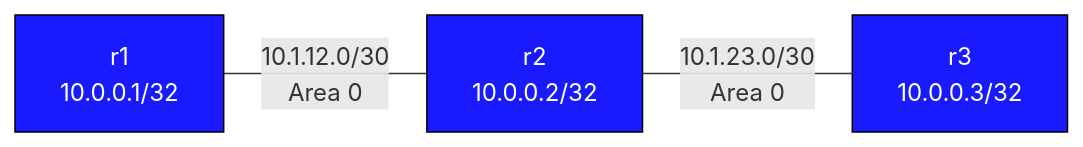
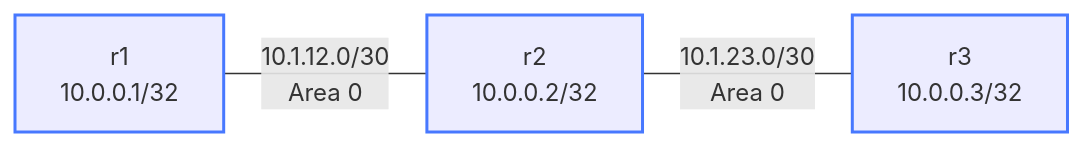
The diagram in labs/debug-ospf-auth/README.md (jschless/networkingLabs), drawn with Mermaid before and after one commit. The commit also changed 250 other files, not shown here.

Commit message:
Fix unreadable topology diagrams, convert ASCII art, publish assessments (#57)

````diff
--- a/labs/debug-ospf-auth/README.md
+++ b/labs/debug-ospf-auth/README.md
@@ -23,12 +23,12 @@
 ```mermaid
 flowchart LR
-    r1["r1\n10.0.0.1/32"]
-    r2["r2\n10.0.0.2/32"]
-    r3["r3\n10.0.0.3/32"]
+    r1["r1<br/>10.0.0.1/32"]
+    r2["r2<br/>10.0.0.2/32"]
+    r3["r3<br/>10.0.0.3/32"]
 
-    r1 -- "10.1.12.0/30\nArea 0" --- r2
-    r2 -- "10.1.23.0/30\nArea 0" --- r3
+    r1 -- "10.1.12.0/30<br/>Area 0" --- r2
+    r2 -- "10.1.23.0/30<br/>Area 0" --- r3
 
-    classDef router fill:#1a1aff,color:#fff,stroke:#000
+    classDef router stroke:#4778ff,stroke-width:2px
     class r1,r2,r3 router
 ```
````
